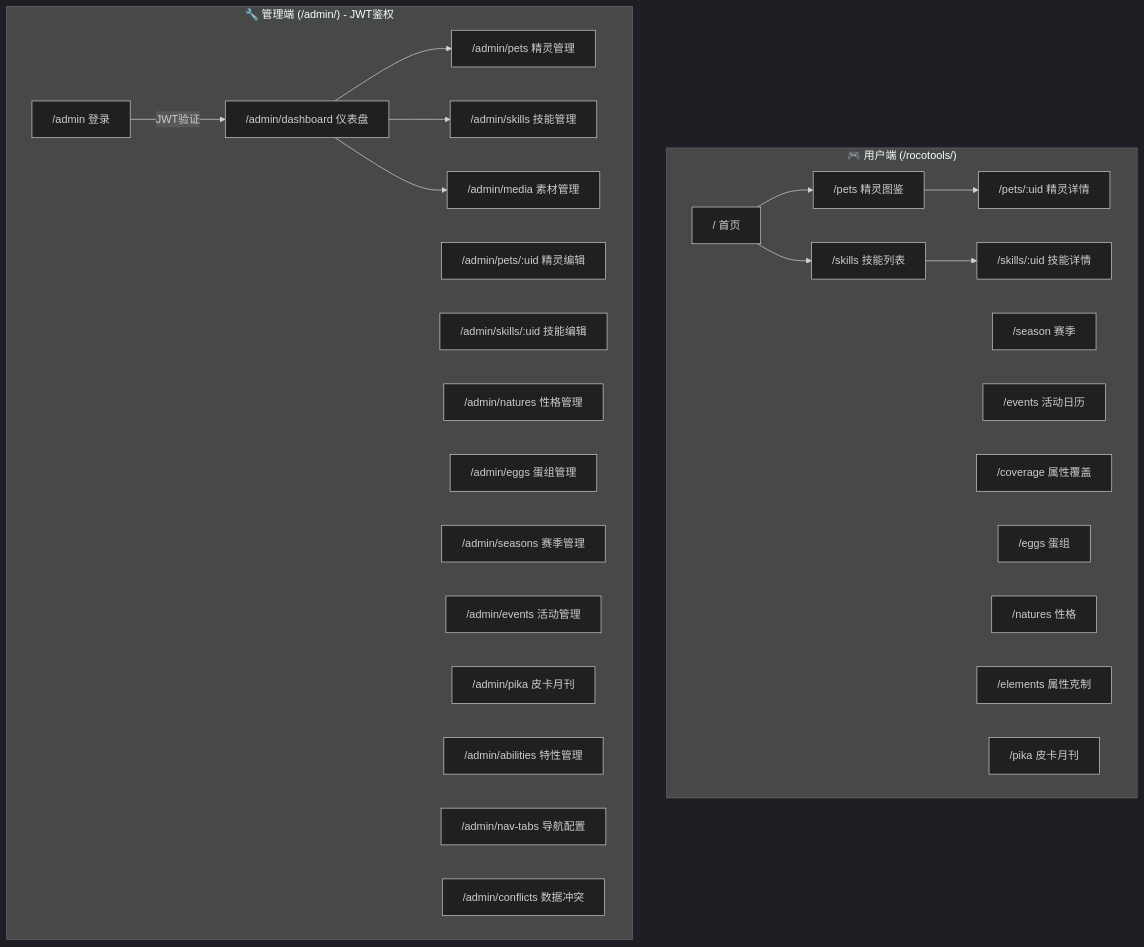
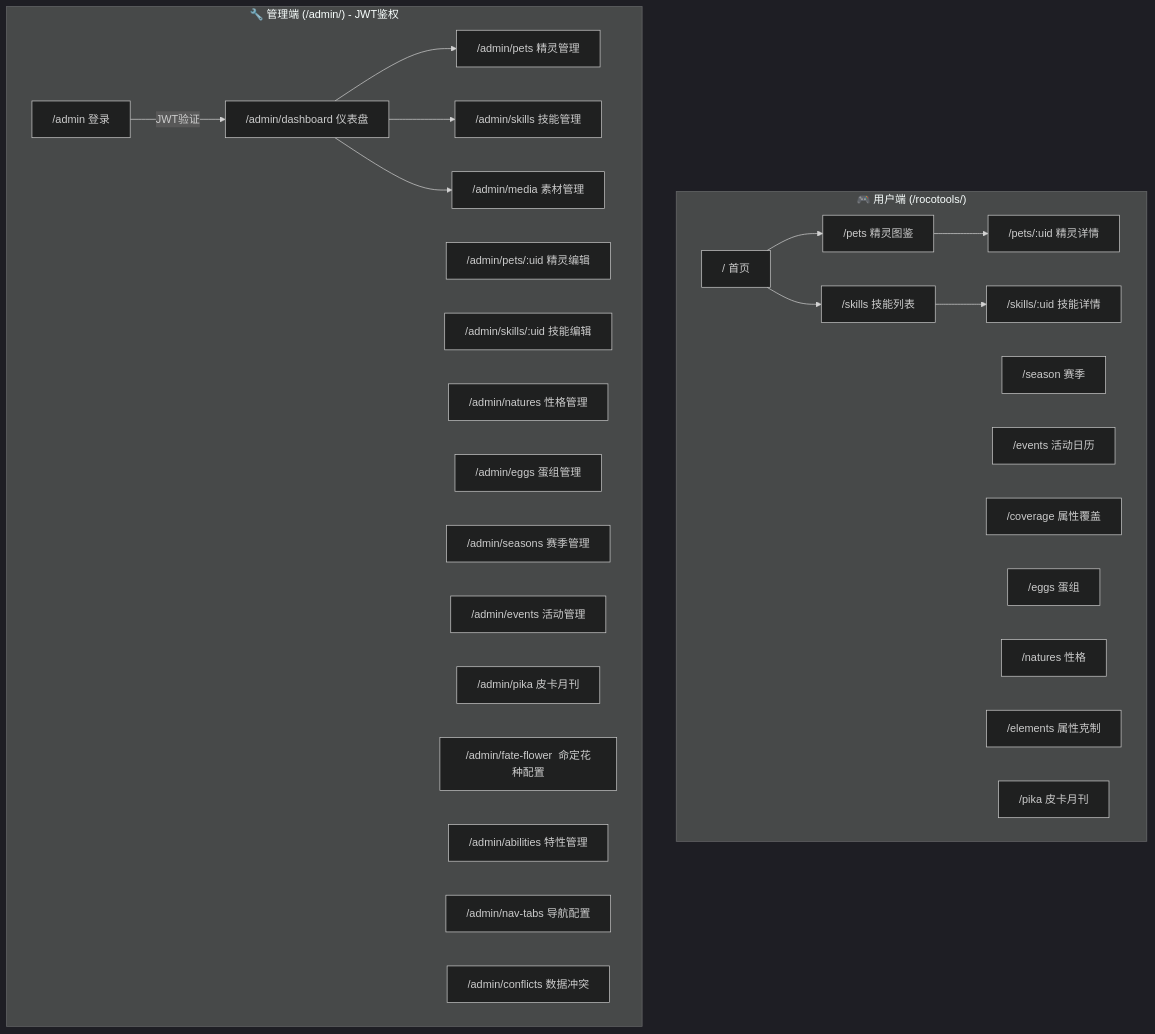
The sixth of 12 diagrams in docs/ARCHITECTURE.md (eachyczhang/-RocoTools), drawn with Mermaid (dark theme) before and after one commit. The commit also changed other lines of this file and 30 other files, not shown here.

First line of the commit message:
feat: 命定花种技能/性格配置系统 + 图标提取工具 + 文档更新

````diff
--- a/docs/ARCHITECTURE.md
+++ b/docs/ARCHITECTURE.md
@@ -314,44 +325,45 @@
 ```mermaid
 graph TD
     subgraph UserPages["🎮 用户端 (/rocotools/)"]
         Home["/  首页"]
         Season["/season  赛季"]
         Events["/events  活动日历"]
         Pets["/pets  精灵图鉴"]
         PetDetail["/pets/:uid  精灵详情"]
         Skills["/skills  技能列表"]
         SkillDetail["/skills/:uid  技能详情"]
         Coverage["/coverage  属性覆盖"]
         Eggs["/eggs  蛋组"]
         Natures["/natures  性格"]
         Elements["/elements  属性克制"]
         Pika["/pika  皮卡月刊"]
     end
 
     subgraph AdminPages["🔧 管理端 (/admin/) - JWT鉴权"]
         AdminLogin["/admin  登录"]
         Dashboard["/admin/dashboard  仪表盘"]
         AdminPets["/admin/pets  精灵管理"]
         AdminPetEdit["/admin/pets/:uid  精灵编辑"]
         AdminSkills["/admin/skills  技能管理"]
         AdminSkillEdit["/admin/skills/:uid  技能编辑"]
         AdminNatures["/admin/natures  性格管理"]
         AdminEggs["/admin/eggs  蛋组管理"]
         AdminSeasons["/admin/seasons  赛季管理"]
         AdminEvents["/admin/events  活动管理"]
         AdminPika["/admin/pika  皮卡月刊"]
+        AdminFateFlower["/admin/fate-flower  命定花种配置"]
         AdminAbilities["/admin/abilities  特性管理"]
         AdminMedia["/admin/media  素材管理"]
         AdminNavTabs["/admin/nav-tabs  导航配置"]
         AdminConflicts["/admin/conflicts  数据冲突"]
     end
 
     Home --> Pets
     Home --> Skills
     Pets --> PetDetail
     Skills --> SkillDetail
     AdminLogin -->|"JWT验证"| Dashboard
     Dashboard --> AdminPets
     Dashboard --> AdminSkills
     Dashboard --> AdminMedia
 ```
````
